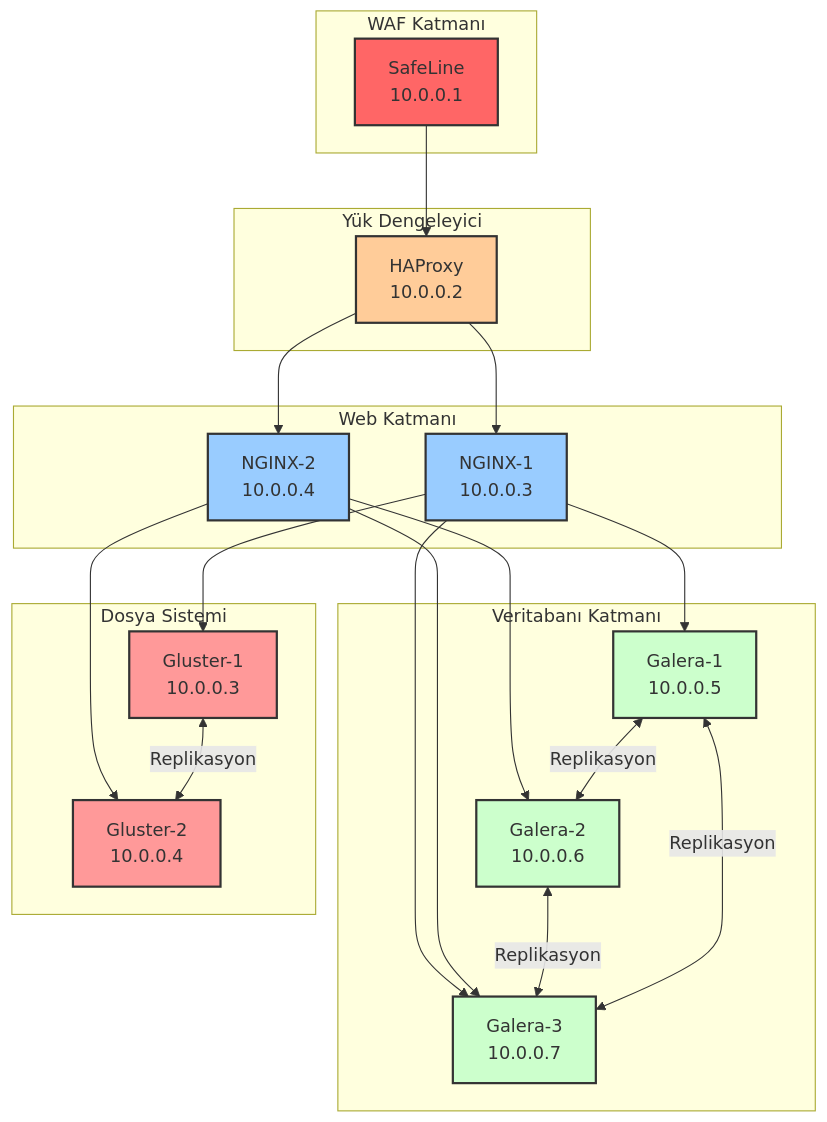
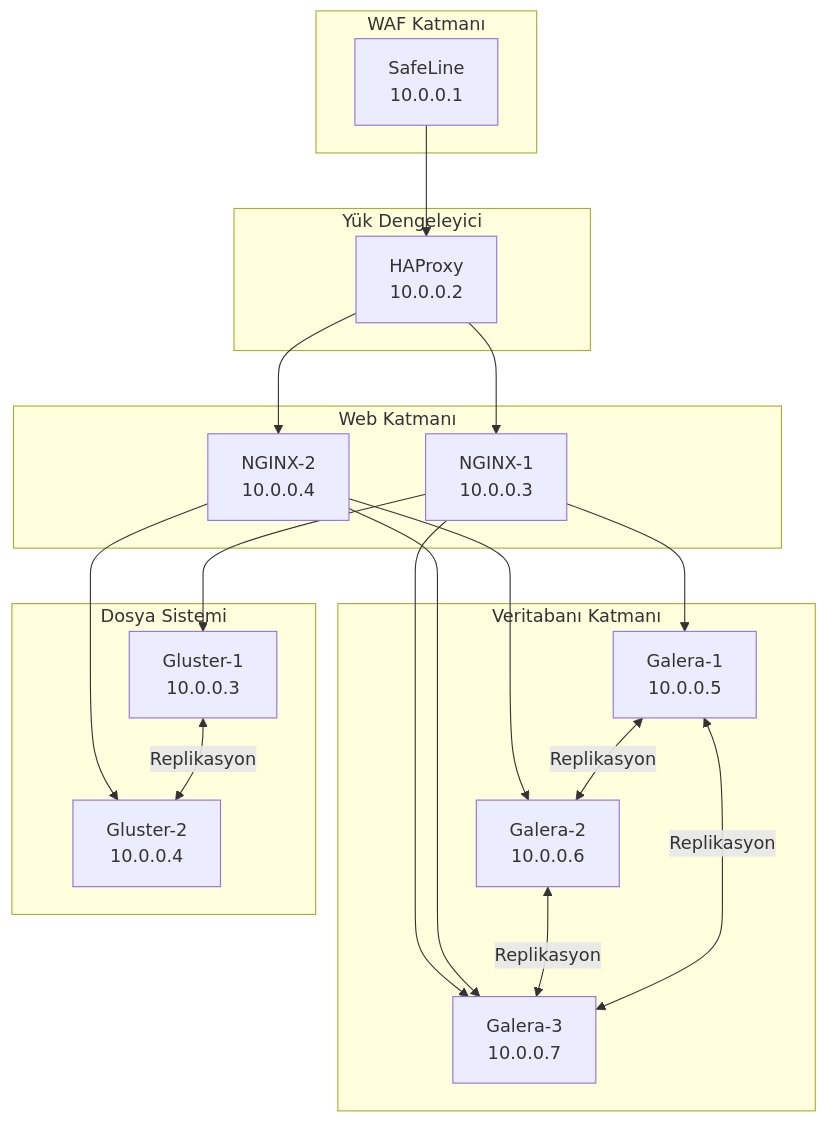
Before and after one commit to ugurcomptech/HA-Web-Architecture: the diagram in README.md, drawn with Mermaid.

````diff
--- a/README.md
+++ b/README.md
@@ -20,60 +20,53 @@
 ```mermaid
 graph TD
 
-%% Stil Tanımları
-classDef waf fill:#ff6666,stroke:#333,stroke-width:2px;
-classDef haproxy fill:#ffcc99,stroke:#333,stroke-width:2px;
-classDef nginx fill:#99ccff,stroke:#333,stroke-width:2px;
-classDef galera fill:#ccffcc,stroke:#333,stroke-width:2px;
-classDef gluster fill:#ff9999,stroke:#333,stroke-width:2px;
-
 %% WAF Katmanı
 subgraph WAF["WAF Katmanı"]
-    WAF1["SafeLine\n10.0.0.1"]:::waf
+    WAF1["SafeLine\n10.0.0.1"]
 end
 
 %% HAProxy Katmanı
 subgraph LB["Yük Dengeleyici"]
-    HAProxy["HAProxy\n10.0.0.2"]:::haproxy
+    HAProxy["HAProxy\n10.0.0.2"]
 end
 
 %% Web Katmanı
 subgraph Web["Web Katmanı"]
-    NGINX1["NGINX-1\n10.0.0.3"]:::nginx
-    NGINX2["NGINX-2\n10.0.0.4"]:::nginx
+    NGINX1["NGINX-1\n10.0.0.3"]
+    NGINX2["NGINX-2\n10.0.0.4"]
 end
 
-%% DB Katmanı
+%% Veritabanı Katmanı
 subgraph DB["Veritabanı Katmanı"]
-    Galera1["Galera-1\n10.0.0.5"]:::galera
-    Galera2["Galera-2\n10.0.0.6"]:::galera
-    Galera3["Galera-3\n10.0.0.7"]:::galera
+    Galera1["Galera-1\n10.0.0.5"]
+    Galera2["Galera-2\n10.0.0.6"]
+    Galera3["Galera-3\n10.0.0.7"]
 end
 
-%% FS Katmanı
+%% Dosya Sistemi Katmanı
 subgraph FS["Dosya Sistemi"]
-    Gluster1["Gluster-1\n10.0.0.3"]:::gluster
-    Gluster2["Gluster-2\n10.0.0.4"]:::gluster
+    Gluster1["Gluster-1\n10.0.0.3"]
+    Gluster2["Gluster-2\n10.0.0.4"]
 end
 
 %% Bağlantılar
 WAF1 --> HAProxy
 HAProxy --> NGINX1
 HAProxy --> NGINX2
 
 NGINX1 --> Galera1
 NGINX1 --> Galera3
 NGINX2 --> Galera2
 NGINX2 --> Galera3
 
 NGINX1 --> Gluster1
 NGINX2 --> Gluster2
 
 Galera1 <-->|Replikasyon| Galera2
 Galera2 <-->|Replikasyon| Galera3
 Galera3 <-->|Replikasyon| Galera1
 
 Gluster1 <-->|Replikasyon| Gluster2
 
 
 ```
````
